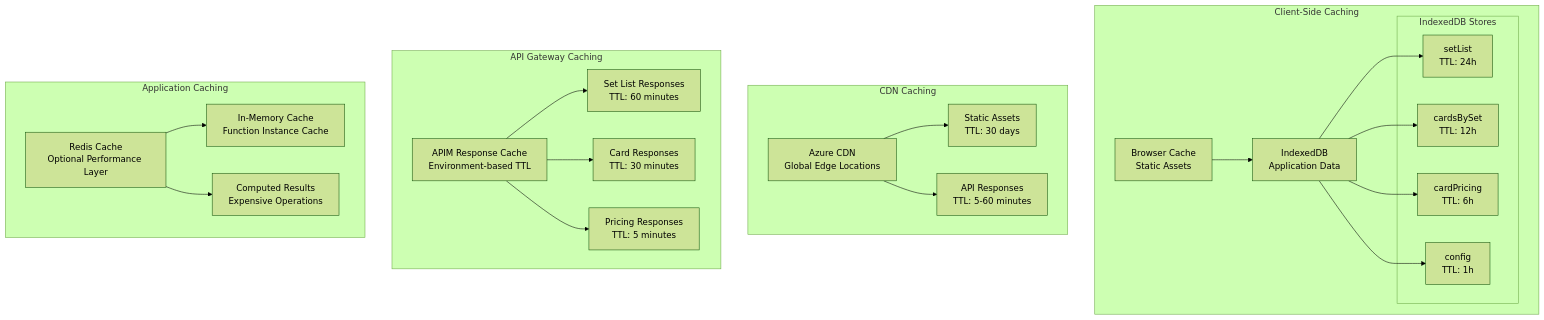
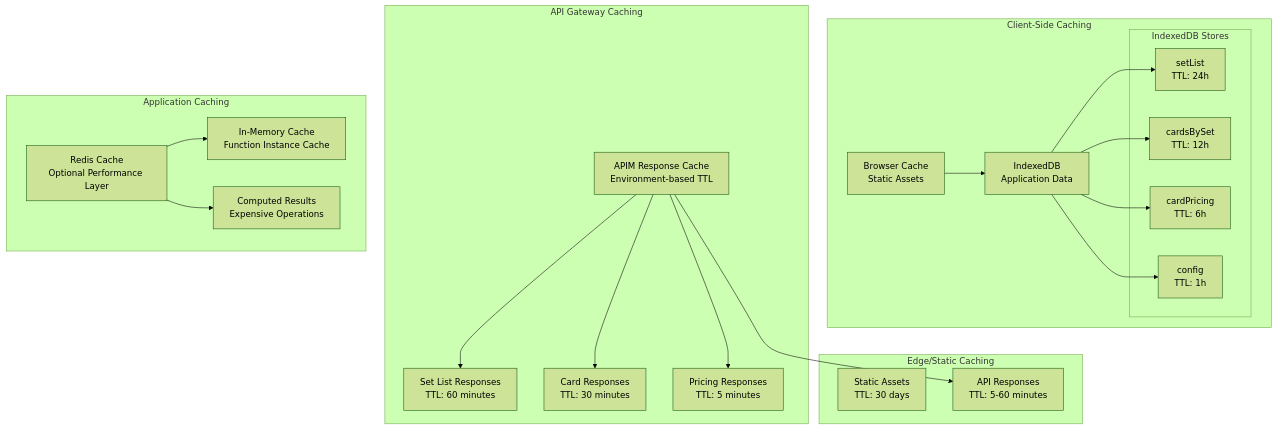
Before and after one commit to Abernaughty/PCPC: the sixth of 14 diagrams in docs/architecture.md, drawn with Mermaid (forest theme). The commit also changed other lines of this file and 7 other files, not shown here.

````diff
--- a/docs/architecture.md
+++ b/docs/architecture.md
@@ -447,48 +441,47 @@
 ```mermaid
 graph TB
     subgraph "Client-Side Caching"
         BROWSER[Browser Cache<br/>Static Assets]
         INDEXEDDB[IndexedDB<br/>Application Data]
         subgraph "IndexedDB Stores"
             SET_CACHE[setList<br/>TTL: 24h]
             CARD_CACHE[cardsBySet<br/>TTL: 12h]
             PRICE_CACHE[cardPricing<br/>TTL: 6h]
             CONFIG_CACHE[config<br/>TTL: 1h]
         end
     end
 
-    subgraph "CDN Caching"
-        AZURE_CDN[Azure CDN<br/>Global Edge Locations]
+    %% CDN layer not in use currently; caching at gateway/app levels
+    subgraph "Edge/Static Caching"
         STATIC_CACHE[Static Assets<br/>TTL: 30 days]
         API_CACHE[API Responses<br/>TTL: 5-60 minutes]
     end
 
     subgraph "API Gateway Caching"
         APIM_CACHE[APIM Response Cache<br/>Environment-based TTL]
         SET_RESPONSE[Set List Responses<br/>TTL: 60 minutes]
         CARD_RESPONSE[Card Responses<br/>TTL: 30 minutes]
         PRICE_RESPONSE[Pricing Responses<br/>TTL: 5 minutes]
     end
 
     subgraph "Application Caching"
         REDIS_CACHE[Redis Cache<br/>Optional Performance Layer]
         MEMORY_CACHE[In-Memory Cache<br/>Function Instance Cache]
         COMPUTED_CACHE[Computed Results<br/>Expensive Operations]
     end
 
     BROWSER --> INDEXEDDB
     INDEXEDDB --> SET_CACHE
     INDEXEDDB --> CARD_CACHE
     INDEXEDDB --> PRICE_CACHE
     INDEXEDDB --> CONFIG_CACHE
 
-    AZURE_CDN --> STATIC_CACHE
-    AZURE_CDN --> API_CACHE
+    APIM_CACHE --> API_CACHE
 
     APIM_CACHE --> SET_RESPONSE
     APIM_CACHE --> CARD_RESPONSE
     APIM_CACHE --> PRICE_RESPONSE
 
     REDIS_CACHE --> MEMORY_CACHE
     REDIS_CACHE --> COMPUTED_CACHE
 ```
````
